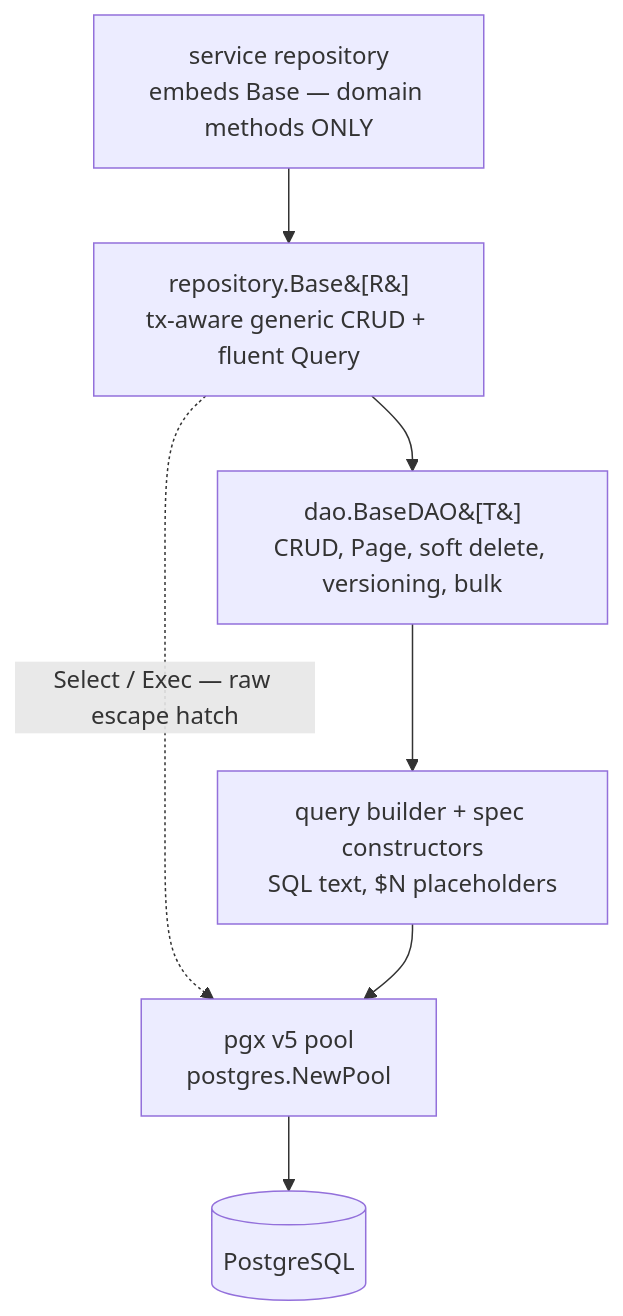
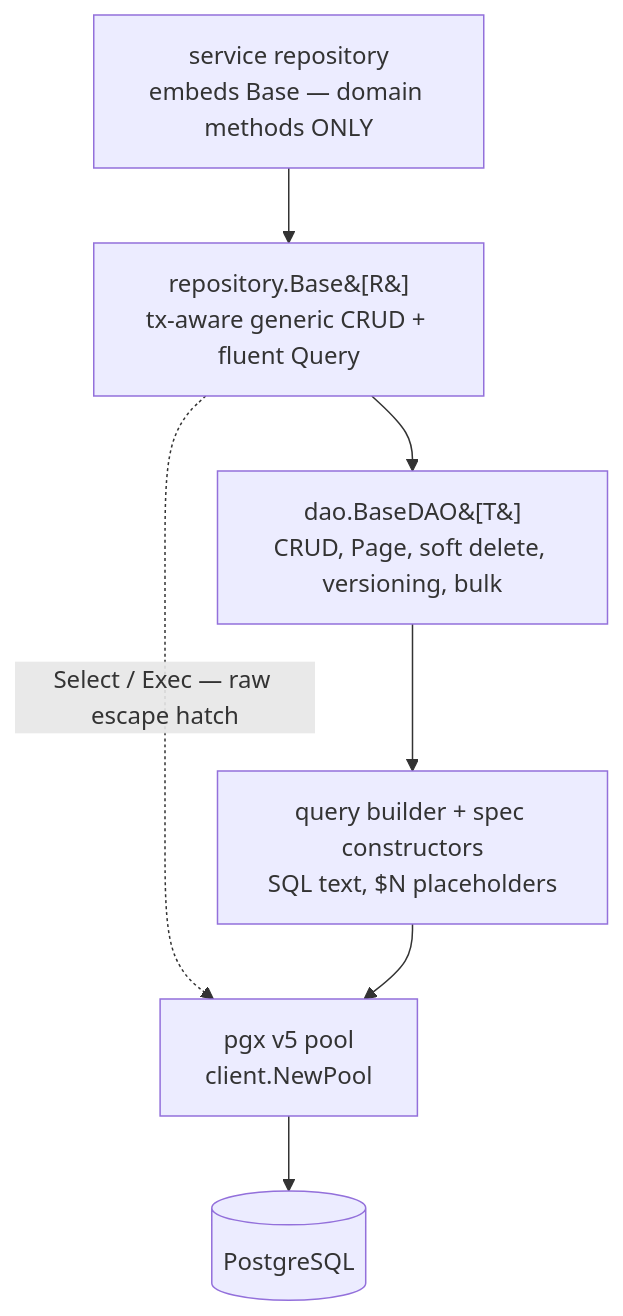
One commit to datakaveri/go-learning changed the diagram in docs/module-3-advanced/05-database-patterns.md. Above: the diagram before and after it, drawn with Mermaid. The commit also changed other lines of this file and 15 other files, not shown here.

````diff
--- a/docs/module-3-advanced/05-database-patterns.md
+++ b/docs/module-3-advanced/05-database-patterns.md
@@ -34,9 +33,9 @@
 ```mermaid
 flowchart TB
     S[service repository<br/>embeds Base — domain methods ONLY] --> B
     B[repository.Base&#91;R&#93;<br/>tx-aware generic CRUD + fluent Query] --> D
     B -.->|"Select / Exec — raw escape hatch"| P
     D[dao.BaseDAO&#91;T&#93;<br/>CRUD, Page, soft delete, versioning, bulk] --> Q
     Q[query builder + spec constructors<br/>SQL text, $N placeholders] --> P
-    P[pgx v5 pool<br/>postgres.NewPool] --> PG[(PostgreSQL)]
+    P[pgx v5 pool<br/>client.NewPool] --> PG[(PostgreSQL)]
 ```
````
